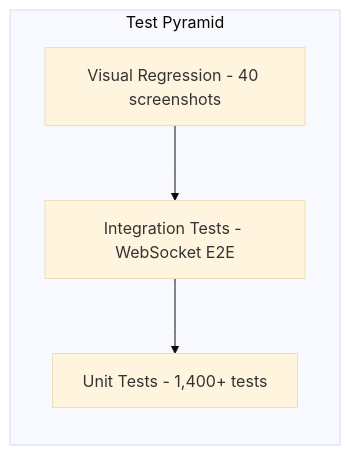
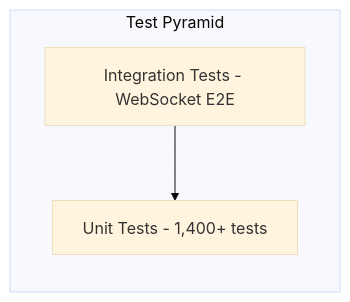
One commit to mtomcal/stick-rumble changed the first of 5 diagrams in docs/TESTING-STRATEGY.md. Above: the diagram before and after it, drawn with Mermaid (base theme). The commit also changed other lines of this file and 74 other files, not shown here.

First line of the commit message:
chore: Remove Playwright visual regression testing infrastructure

````diff
--- a/docs/TESTING-STRATEGY.md
+++ b/docs/TESTING-STRATEGY.md
@@ -16,11 +16,10 @@
 ```mermaid
 flowchart TB
     subgraph Pyramid["Test Pyramid"]
         direction TB
-        Visual["Visual Regression - 40 screenshots"]
         Integration["Integration Tests - WebSocket E2E"]
         Unit["Unit Tests - 1,400+ tests"]
     end
 
-    Visual --> Integration --> Unit
+    Integration --> Unit
 ```
````
